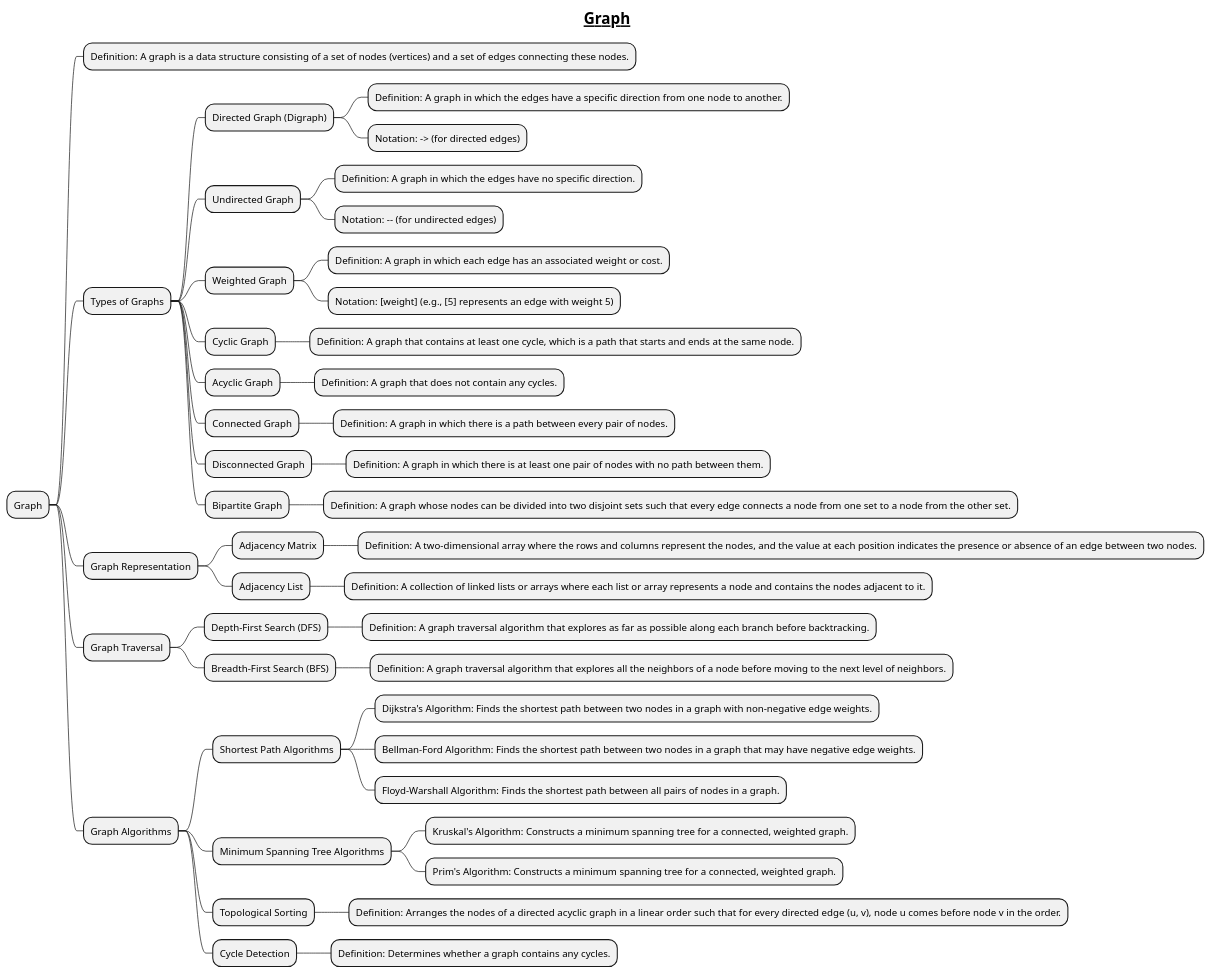
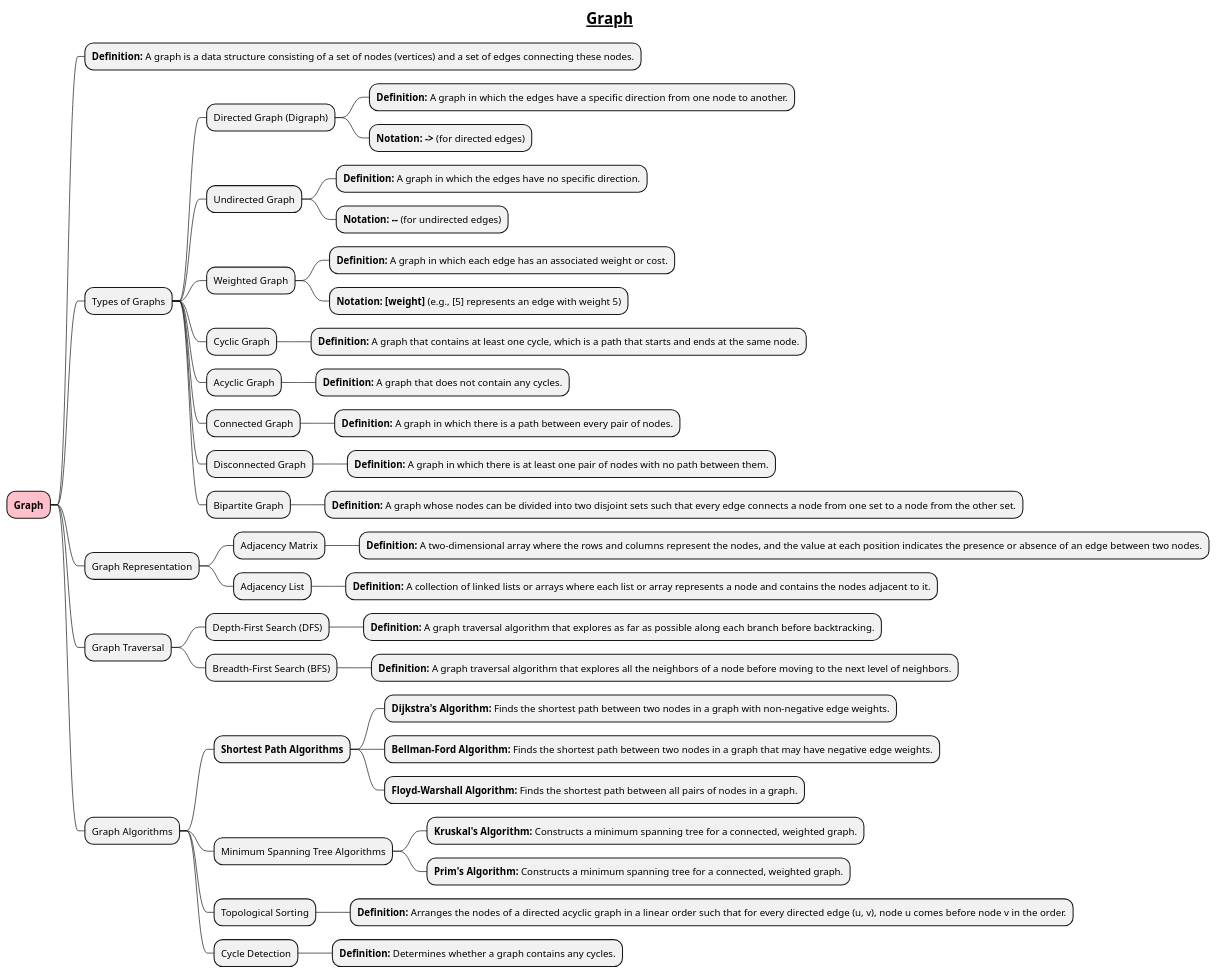
One commit to MehmoodHashmi/Documentation-as-Code-DaC changed the diagram in docs/books/1-books-backlog/data-structure-and-algorithm/Graph.puml. Above: the diagram before and after it, drawn with PlantUML. The commit also changed 1 other file, not shown here.

Commit message:
added new mindmaps

```diff
--- a/docs/books/1-books-backlog/data-structure-and-algorithm/Graph.puml
+++ b/docs/books/1-books-backlog/data-structure-and-algorithm/Graph.puml
@@ -1,47 +1,47 @@
 @startmindmap
 title =__ Graph__
-* Graph
-** Definition: A graph is a data structure consisting of a set of nodes (vertices) and a set of edges connecting these nodes.
+*[#pink] **Graph**
+** **Definition:** A graph is a data structure consisting of a set of nodes (vertices) and a set of edges connecting these nodes.
 ** Types of Graphs
 *** Directed Graph (Digraph)
-**** Definition: A graph in which the edges have a specific direction from one node to another.
-**** Notation: -> (for directed edges)
+**** **Definition:** A graph in which the edges have a specific direction from one node to another.
+**** **Notation: -> **(for directed edges)
 *** Undirected Graph
-**** Definition: A graph in which the edges have no specific direction.
-**** Notation: -- (for undirected edges)
+**** **Definition:** A graph in which the edges have no specific direction.
+**** **Notation: -- **(for undirected edges)
 *** Weighted Graph
-**** Definition: A graph in which each edge has an associated weight or cost.
-**** Notation: [weight] (e.g., [5] represents an edge with weight 5)
+**** **Definition:** A graph in which each edge has an associated weight or cost.
+**** **Notation: [weight]** (e.g., [5] represents an edge with weight 5)
 *** Cyclic Graph
-**** Definition: A graph that contains at least one cycle, which is a path that starts and ends at the same node.
+**** **Definition:** A graph that contains at least one cycle, which is a path that starts and ends at the same node.
 *** Acyclic Graph
-**** Definition: A graph that does not contain any cycles.
+**** **Definition:** A graph that does not contain any cycles.
 *** Connected Graph
-**** Definition: A graph in which there is a path between every pair of nodes.
+**** **Definition:** A graph in which there is a path between every pair of nodes.
 *** Disconnected Graph
-**** Definition: A graph in which there is at least one pair of nodes with no path between them.
+**** **Definition:** A graph in which there is at least one pair of nodes with no path between them.
 *** Bipartite Graph
-**** Definition: A graph whose nodes can be divided into two disjoint sets such that every edge connects a node from one set to a node from the other set.
+**** **Definition:** A graph whose nodes can be divided into two disjoint sets such that every edge connects a node from one set to a node from the other set.
 ** Graph Representation
 *** Adjacency Matrix
-**** Definition: A two-dimensional array where the rows and columns represent the nodes, and the value at each position indicates the presence or absence of an edge between two nodes.
+**** **Definition:** A two-dimensional array where the rows and columns represent the nodes, and the value at each position indicates the presence or absence of an edge between two nodes.
 *** Adjacency List
-**** Definition: A collection of linked lists or arrays where each list or array represents a node and contains the nodes adjacent to it.
+**** **Definition:** A collection of linked lists or arrays where each list or array represents a node and contains the nodes adjacent to it.
 ** Graph Traversal
 *** Depth-First Search (DFS)
-**** Definition: A graph traversal algorithm that explores as far as possible along each branch before backtracking.
+**** **Definition:** A graph traversal algorithm that explores as far as possible along each branch before backtracking.
 *** Breadth-First Search (BFS)
-**** Definition: A graph traversal algorithm that explores all the neighbors of a node before moving to the next level of neighbors.
+**** **Definition:** A graph traversal algorithm that explores all the neighbors of a node before moving to the next level of neighbors.
 ** Graph Algorithms
-*** Shortest Path Algorithms
-**** Dijkstra's Algorithm: Finds the shortest path between two nodes in a graph with non-negative edge weights.
-**** Bellman-Ford Algorithm: Finds the shortest path between two nodes in a graph that may have negative edge weights.
-**** Floyd-Warshall Algorithm: Finds the shortest path between all pairs of nodes in a graph.
+*** **Shortest Path Algorithms**
+**** **Dijkstra's Algorithm:** Finds the shortest path between two nodes in a graph with non-negative edge weights.
+**** **Bellman-Ford Algorithm:** Finds the shortest path between two nodes in a graph that may have negative edge weights.
+**** **Floyd-Warshall Algorithm:** Finds the shortest path between all pairs of nodes in a graph.
 *** Minimum Spanning Tree Algorithms
-**** Kruskal's Algorithm: Constructs a minimum spanning tree for a connected, weighted graph.
-**** Prim's Algorithm: Constructs a minimum spanning tree for a connected, weighted graph.
+**** **Kruskal's Algorithm:** Constructs a minimum spanning tree for a connected, weighted graph.
+**** **Prim's Algorithm:** Constructs a minimum spanning tree for a connected, weighted graph.
 *** Topological Sorting
-**** Definition: Arranges the nodes of a directed acyclic graph in a linear order such that for every directed edge (u, v), node u comes before node v in the order.
+**** **Definition:** Arranges the nodes of a directed acyclic graph in a linear order such that for every directed edge (u, v), node u comes before node v in the order.
 *** Cycle Detection
-**** Definition: Determines whether a graph contains any cycles.
+**** **Definition:** Determines whether a graph contains any cycles.
 @endmindmap
```
